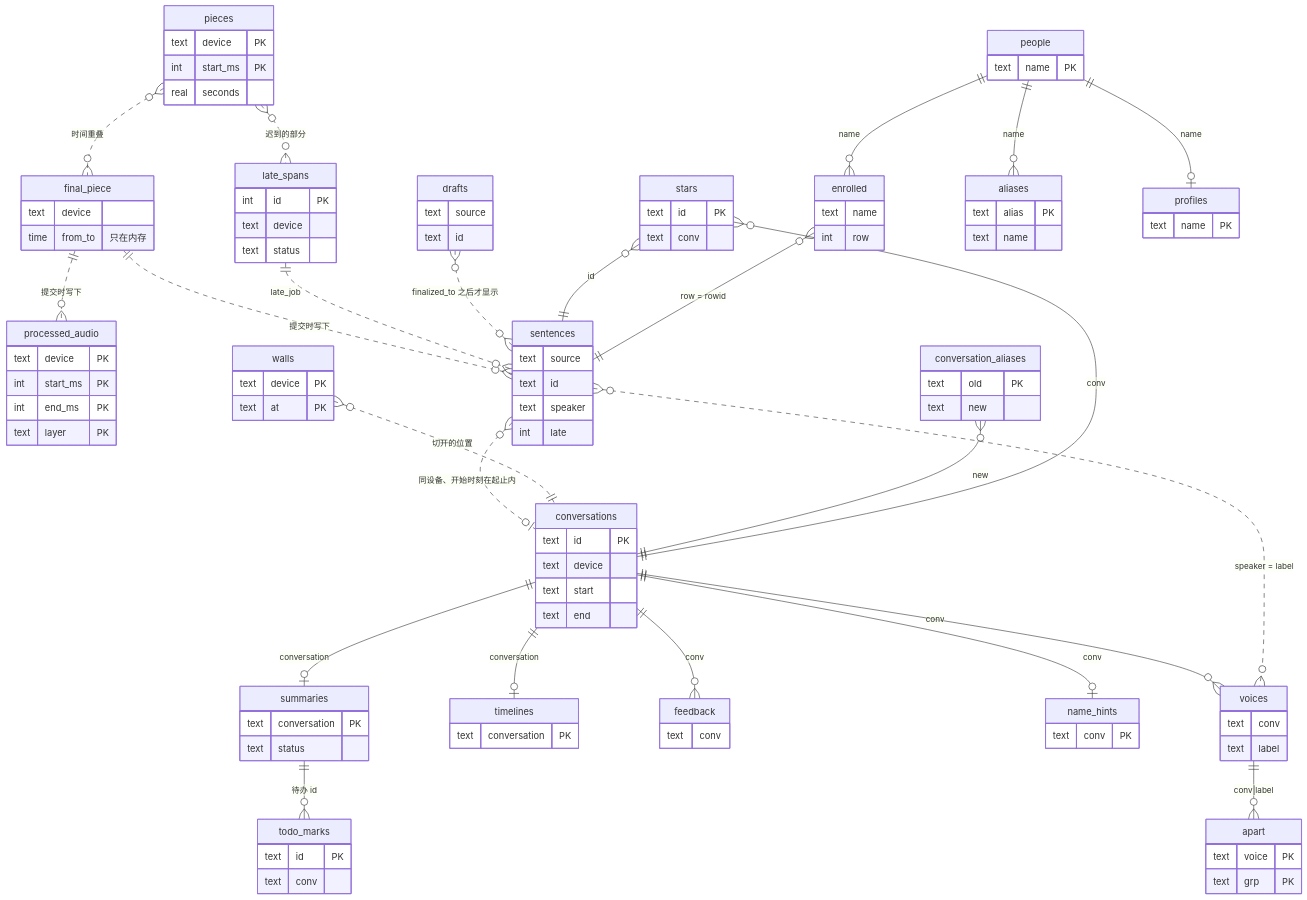
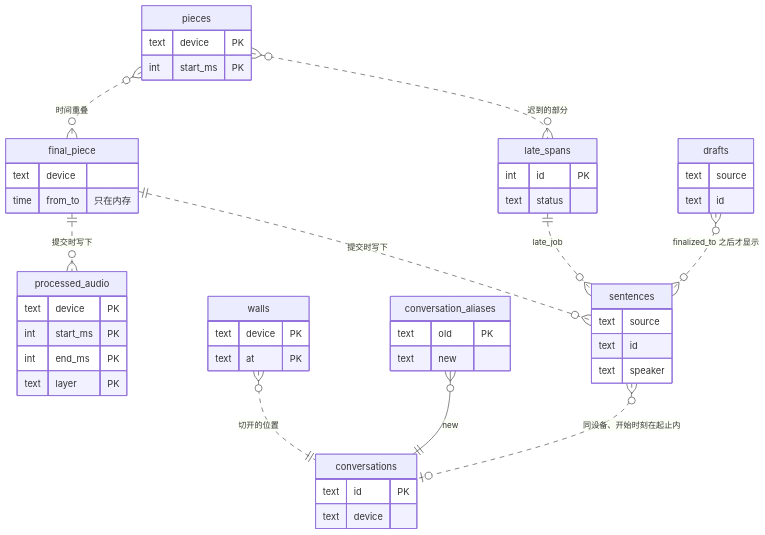
One commit to suyiiyii/alldayrec changed the first of 5 diagrams in docs/explanation/domain-model.md. Above: the diagram before and after it, drawn with Mermaid. The commit also changed other lines of this file and 5 other files, not shown here.

Commit message:
[doc] Render mermaid diagrams on the docs site

````diff
--- a/docs/explanation/domain-model.md
+++ b/docs/explanation/domain-model.md
@@ -129,11 +131,31 @@
     pieces {
         text device PK
         int start_ms PK
-        real seconds
     }
     final_piece {
         text device
         time from_to "只在内存"
+    }
+    late_spans {
+        int id PK
+        text status
+    }
+    drafts {
+        text source
+        text id
+    }
+    sentences {
+        text source
+        text id
+        text speaker
+    }
+    walls {
+        text device PK
+        text at PK
+    }
+    conversation_aliases {
+        text old PK
+        text new
     }
     processed_audio {
         text device PK
@@ -141,77 +163,9 @@
         int end_ms PK
         text layer PK
     }
-    late_spans {
-        int id PK
-        text device
-        text status
-    }
-    sentences {
-        text source
-        text id
-        text speaker
-        int late
-    }
-    drafts {
-        text source
-        text id
-    }
     conversations {
         text id PK
         text device
-        text start
-        text end
-    }
-    conversation_aliases {
-        text old PK
-        text new
-    }
-    walls {
-        text device PK
-        text at PK
-    }
-    summaries {
-        text conversation PK
-        text status
-    }
-    timelines {
-        text conversation PK
-    }
-    todo_marks {
-        text id PK
-        text conv
-    }
-    stars {
-        text id PK
-        text conv
-    }
-    feedback {
-        text conv
-    }
-    name_hints {
-        text conv PK
-    }
-    voices {
-        text conv
-        text label
-    }
-    apart {
-        text voice PK
-        text grp PK
-    }
-    people {
-        text name PK
-    }
-    enrolled {
-        text name
-        int row
-    }
-    aliases {
-        text alias PK
-        text name
-    }
-    profiles {
-        text name PK
     }
 
     pieces }o..o{ final_piece : "时间重叠"
@@ -219,22 +173,8 @@
     pieces }o..o{ late_spans : "迟到的部分"
     final_piece ||..o{ sentences : "提交时写下"
     late_spans ||..o{ sentences : "late_job"
+    drafts }o..o{ sentences : "finalized_to 之后才显示"
     sentences }o..o| conversations : "同设备、开始时刻在起止内"
-    drafts }o..o{ sentences : "finalized_to 之后才显示"
     walls }o..|| conversations : "切开的位置"
     conversation_aliases }o--|| conversations : "new"
-    conversations ||--o| summaries : "conversation"
-    conversations ||--o| timelines : "conversation"
-    conversations ||--o| name_hints : "conv"
-    conversations ||--o{ feedback : "conv"
-    summaries ||--o{ todo_marks : "待办 id"
-    stars }o--|| sentences : "id"
-    stars }o--|| conversations : "conv"
-    conversations ||--o{ voices : "conv"
-    voices ||--o{ apart : "conv|label"
-    sentences }o..o{ voices : "speaker = label"
-    people ||--o{ enrolled : "name"
-    enrolled }o--|| sentences : "row = rowid"
-    people ||--o{ aliases : "name"
-    people ||--o| profiles : "name"
 ```
````
